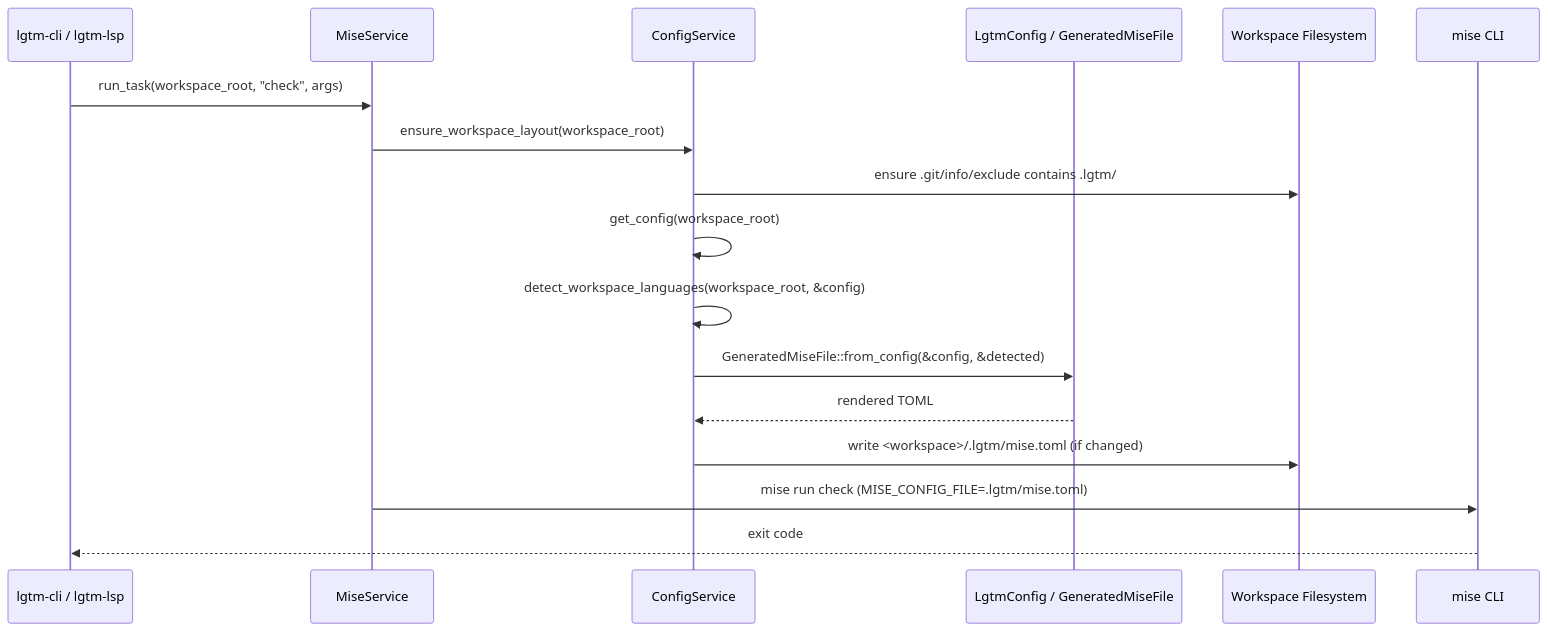
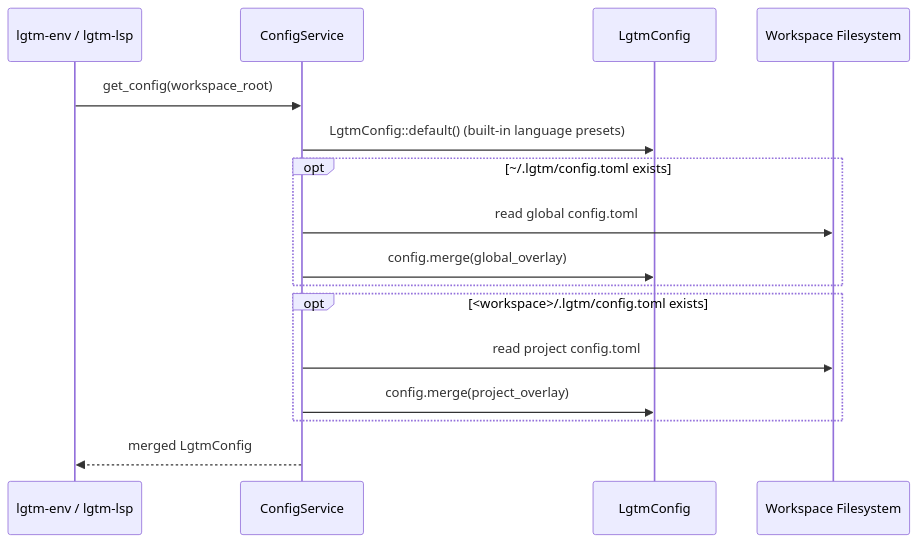
One commit to difflab-io/lgtm changed the second of 2 diagrams in docs/architecture/config/index.md. Above: the diagram before and after it, drawn with Mermaid. The commit also changed other lines of this file and 35 other files, not shown here.

First line of the commit message:
feat(env): extract lgtm-env crate and auto-install missing mise binary

````diff
--- a/docs/architecture/config/index.md
+++ b/docs/architecture/config/index.md
@@ -75,20 +67,19 @@
 ```mermaid
 sequenceDiagram
-    participant Caller as lgtm-cli / lgtm-lsp
-    participant MiseSvc as MiseService
+    participant Caller as lgtm-env / lgtm-lsp
     participant CfgSvc as ConfigService
-    participant Model as LgtmConfig / GeneratedMiseFile
+    participant Model as LgtmConfig
     participant Disk as Workspace Filesystem
-    participant Mise as mise CLI
 
-    Caller->>MiseSvc: run_task(workspace_root, "check", args)
-    MiseSvc->>CfgSvc: ensure_workspace_layout(workspace_root)
-    CfgSvc->>Disk: ensure .git/info/exclude contains .lgtm/
-    CfgSvc->>CfgSvc: get_config(workspace_root)
-    CfgSvc->>CfgSvc: detect_workspace_languages(workspace_root, &config)
-    CfgSvc->>Model: GeneratedMiseFile::from_config(&config, &detected)
-    Model-->>CfgSvc: rendered TOML
-    CfgSvc->>Disk: write <workspace>/.lgtm/mise.toml (if changed)
-    MiseSvc->>Mise: mise run check (MISE_CONFIG_FILE=.lgtm/mise.toml)
-    Mise-->>Caller: exit code
+    Caller->>CfgSvc: get_config(workspace_root)
+    CfgSvc->>Model: LgtmConfig::default() (built-in language presets)
+    opt ~/.lgtm/config.toml exists
+        CfgSvc->>Disk: read global config.toml
+        CfgSvc->>Model: config.merge(global_overlay)
+    end
+    opt <workspace>/.lgtm/config.toml exists
+        CfgSvc->>Disk: read project config.toml
+        CfgSvc->>Model: config.merge(project_overlay)
+    end
+    CfgSvc-->>Caller: merged LgtmConfig
 ```
````
